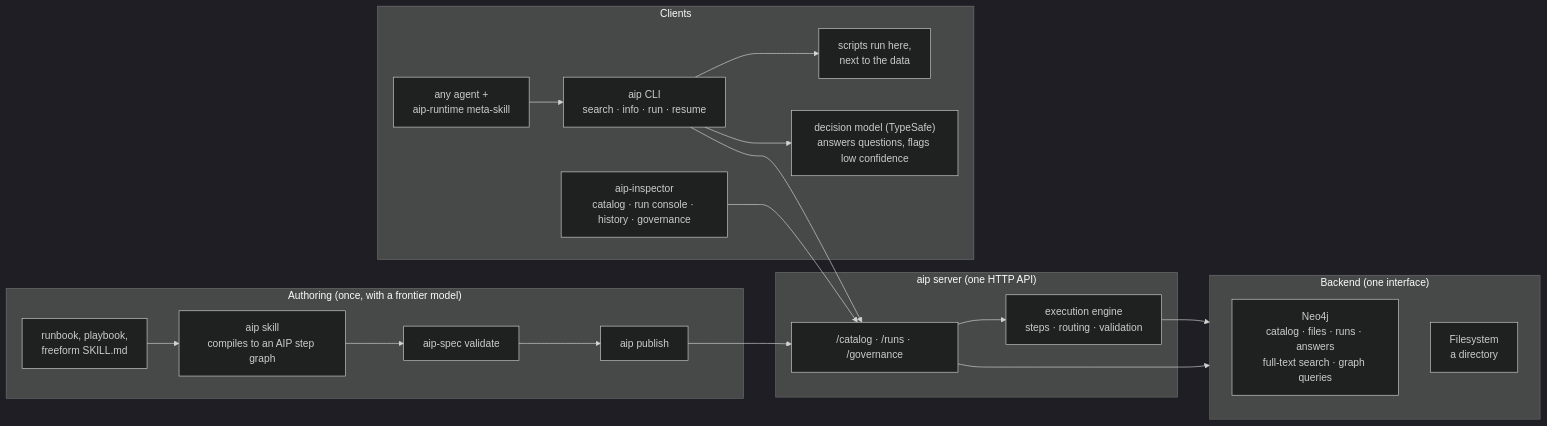
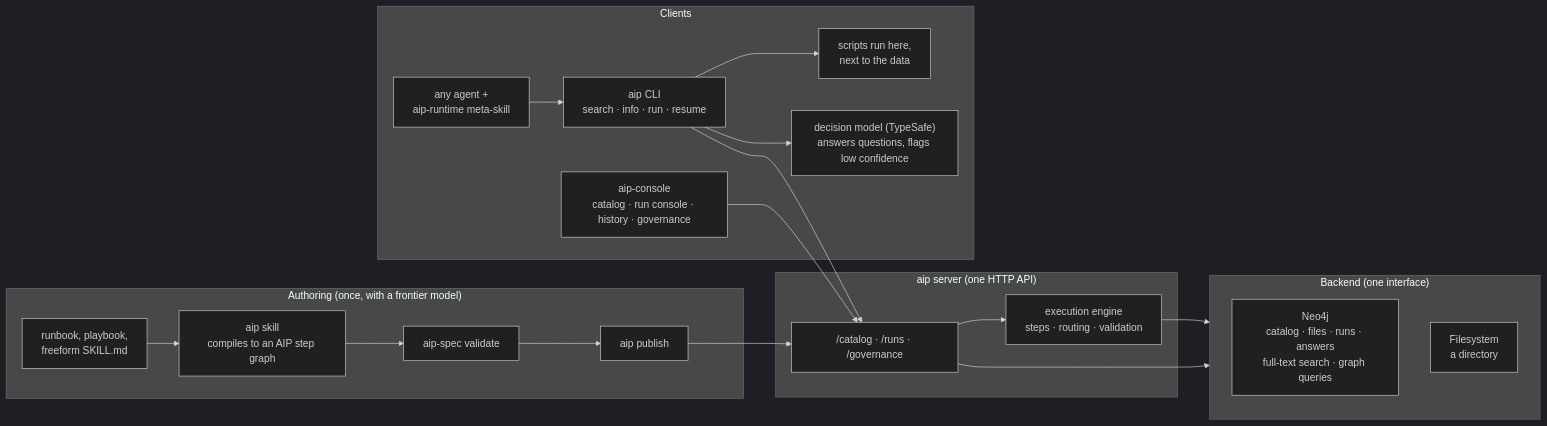
Before and after one commit to zach-blumenfeld/aip: the diagram in README.md, drawn with Mermaid (dark theme). The commit also changed other lines of this file and 16 other files, not shown here.

First line of the commit message:
I1: the server serves no UI; aip --version for the console

````diff
--- a/README.md
+++ b/README.md
@@ -39,30 +39,30 @@
 ```mermaid
 flowchart LR
     subgraph authoring["Authoring (once, with a frontier model)"]
         doc["runbook, playbook,<br/>freeform SKILL.md"] --> skill["aip skill<br/>compiles to an AIP step graph"]
         skill --> validate["aip-spec validate"]
         validate --> publish["aip publish"]
     end
     subgraph clients["Clients"]
         agent["any agent +<br/>aip-runtime meta-skill"] --> cli["aip CLI<br/>search · info · run · resume"]
-        insp["aip-inspector<br/>catalog · run console · history · governance"]
+        insp["aip-console<br/>catalog · run console · history · governance"]
         scripts["scripts run here,<br/>next to the data"]
         model["decision model (TypeSafe)<br/>answers questions, flags low confidence"]
         cli --> scripts
         cli --> model
     end
     subgraph server["aip server (one HTTP API)"]
         api["/catalog · /runs · /governance"]
         engine["execution engine<br/>steps · routing · validation"]
         api --> engine
     end
     subgraph backend["Backend (one interface)"]
         neo["Neo4j<br/>catalog · files · runs · answers<br/>full-text search · graph queries"]
         fs["Filesystem<br/>a directory"]
     end
     publish --> api
     cli --> api
     insp --> api
     engine --> backend
     api --> backend
 ```
````
